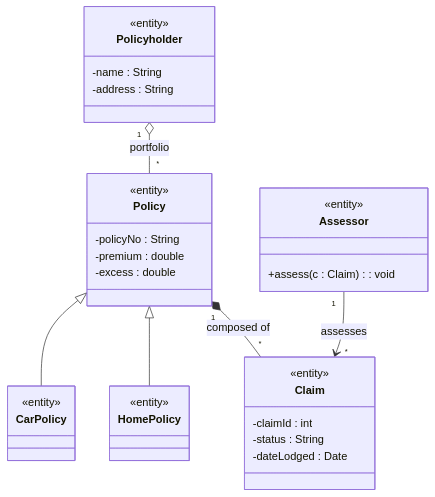
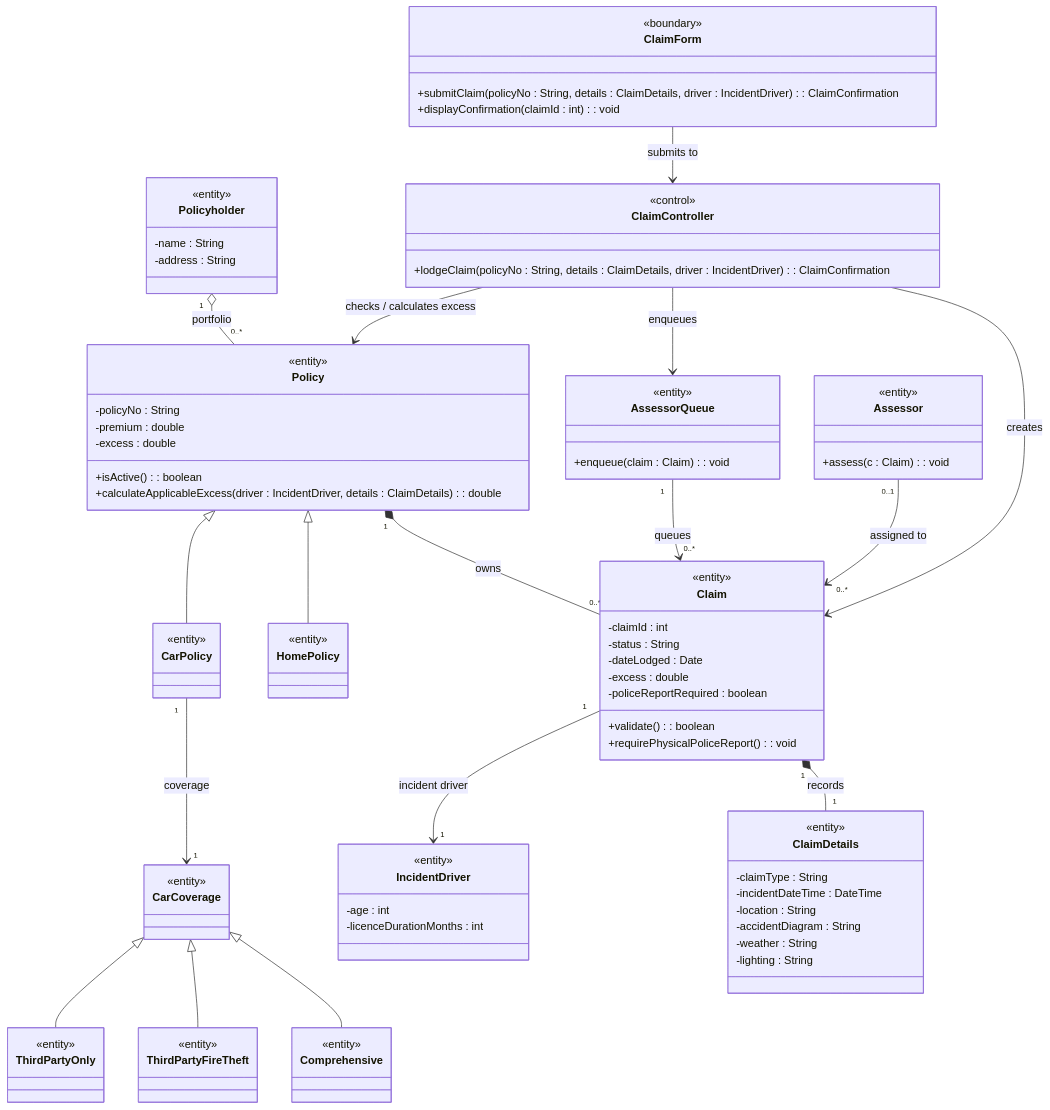
Before and after one commit to Beh69/Software-dev-lectures: the third of 5 diagrams in EXAM-DIAGRAMS-AND-DESCRIPTIONS.md, drawn with Mermaid. The commit also changed other lines of this file and 1 other file, not shown here.

Commit message:
Correct worked UML diagrams and scenario models

````diff
--- a/EXAM-DIAGRAMS-AND-DESCRIPTIONS.md
+++ b/EXAM-DIAGRAMS-AND-DESCRIPTIONS.md
@@ -276,6 +289,8 @@
         -policyNo : String
         -premium : double
         -excess : double
+        +isActive(): boolean
+        +calculateApplicableExcess(driver : IncidentDriver, details : ClaimDetails): double
     }
     class CarPolicy {
         <<entity>>
@@ -283,20 +298,74 @@
     class HomePolicy {
         <<entity>>
     }
+    class CarCoverage {
+        <<entity>>
+    }
+    class ThirdPartyOnly {
+        <<entity>>
+    }
+    class ThirdPartyFireTheft {
+        <<entity>>
+    }
+    class Comprehensive {
+        <<entity>>
+    }
+    class IncidentDriver {
+        <<entity>>
+        -age : int
+        -licenceDurationMonths : int
+    }
+    class ClaimDetails {
+        <<entity>>
+        -claimType : String
+        -incidentDateTime : DateTime
+        -location : String
+        -accidentDiagram : String
+        -weather : String
+        -lighting : String
+    }
     class Claim {
         <<entity>>
         -claimId : int
         -status : String
         -dateLodged : Date
+        -excess : double
+        -policeReportRequired : boolean
+        +validate(): boolean
+        +requirePhysicalPoliceReport(): void
     }
     class Assessor {
         <<entity>>
         +assess(c : Claim): void
     }
+    class AssessorQueue {
+        <<entity>>
+        +enqueue(claim : Claim): void
+    }
+    class ClaimForm {
+        <<boundary>>
+        +submitClaim(policyNo : String, details : ClaimDetails, driver : IncidentDriver): ClaimConfirmation
+        +displayConfirmation(claimId : int): void
+    }
+    class ClaimController {
+        <<control>>
+        +lodgeClaim(policyNo : String, details : ClaimDetails, driver : IncidentDriver): ClaimConfirmation
+    }
 
-    Policyholder "1" o-- "*" Policy : portfolio
+    Policyholder "1" o-- "0..*" Policy : portfolio
     Policy <|-- CarPolicy
     Policy <|-- HomePolicy
-    Policy "1" *-- "*" Claim : composed of
-    Assessor "1" --> "*" Claim : assesses
+    CarPolicy "1" --> "1" CarCoverage : coverage
+    CarCoverage <|-- ThirdPartyOnly
+    CarCoverage <|-- ThirdPartyFireTheft
+    CarCoverage <|-- Comprehensive
+    Policy "1" *-- "0..*" Claim : owns
+    Claim "1" *-- "1" ClaimDetails : records
+    Claim "1" --> "1" IncidentDriver : incident driver
+    AssessorQueue "1" --> "0..*" Claim : queues
+    Assessor "0..1" --> "0..*" Claim : assigned to
+    ClaimForm --> ClaimController : submits to
+    ClaimController --> Policy : checks / calculates excess
+    ClaimController --> Claim : creates
+    ClaimController --> AssessorQueue : enqueues
 ```
````
